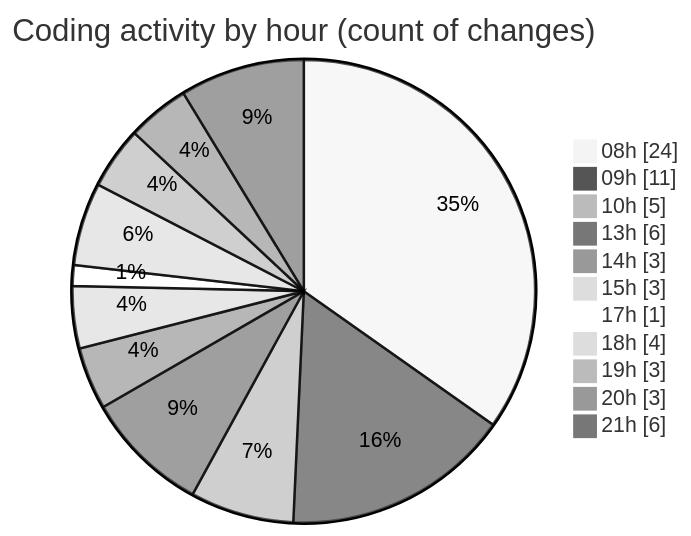
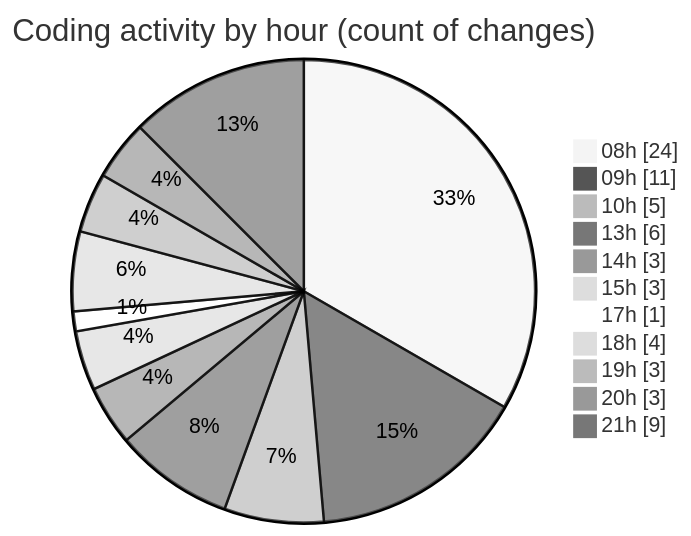
The second of 2 diagrams in 2025-05-12/niten/README.md (Elitesun/code-tracking), drawn with Mermaid (neutral theme) before and after one commit. The commit also changed other lines of this file and 1 other file, not shown here.

````diff
--- a/2025-05-12/niten/README.md
+++ b/2025-05-12/niten/README.md
@@ -56,15 +56,15 @@
 ```mermaid
 pie showData
 title Coding activity by hour (count of changes)
 "08h" : 24
 "09h" : 11
 "10h" : 5
 "13h" : 6
 "14h" : 3
 "15h" : 3
 "17h" : 1
 "18h" : 4
 "19h" : 3
 "20h" : 3
-"21h" : 6
+"21h" : 9
 ```
````
